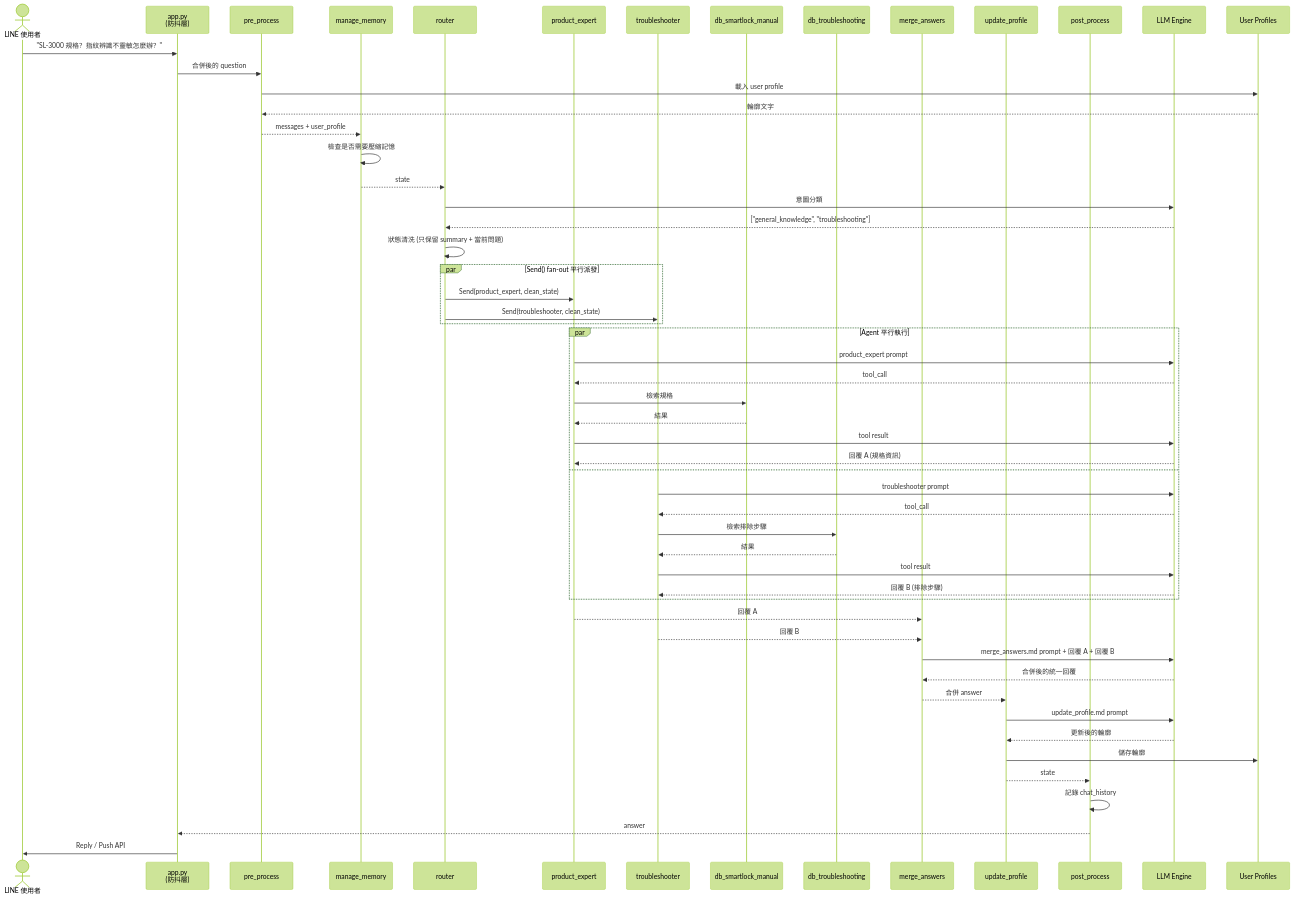
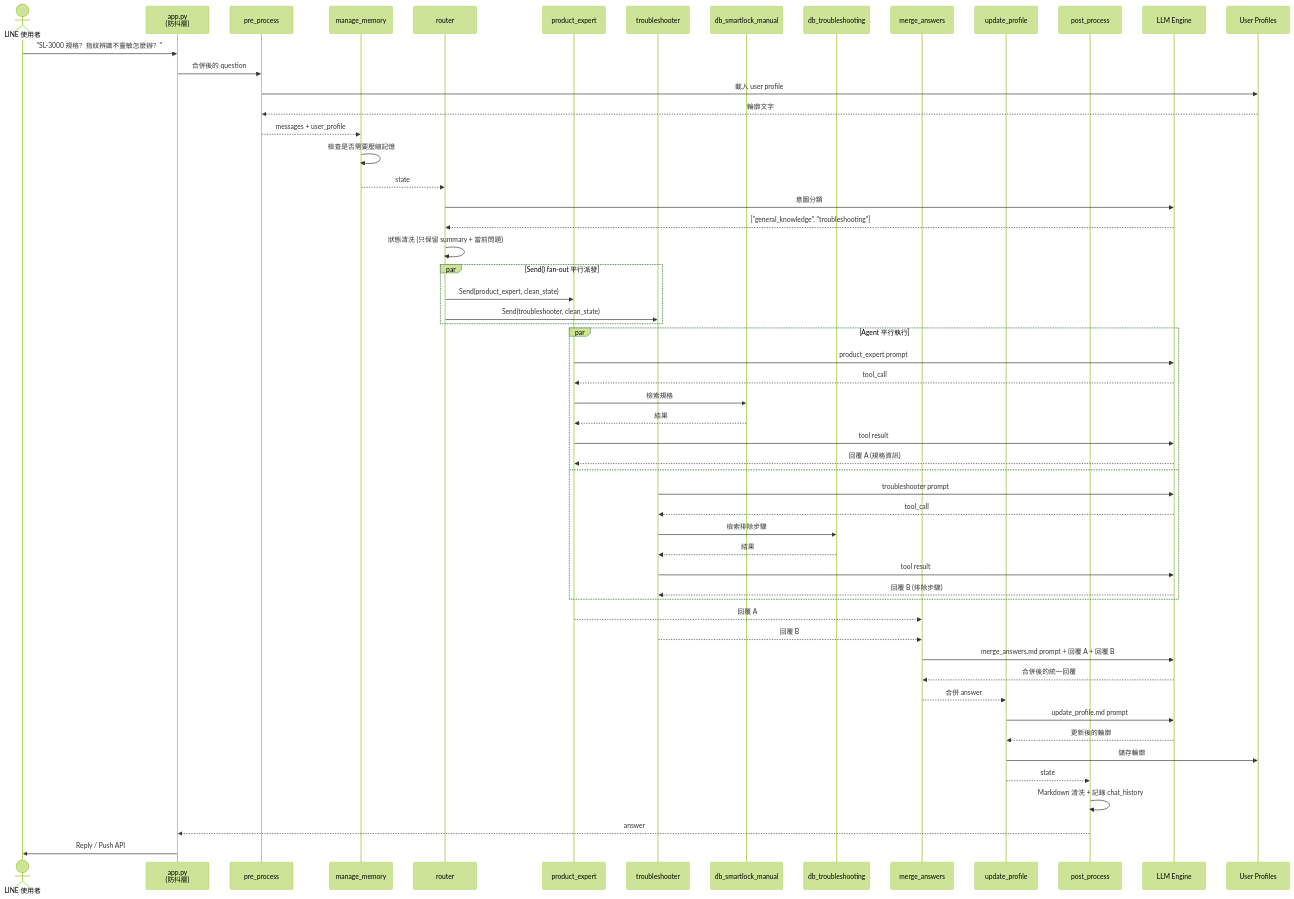
Before and after one commit to Imding1211/lock_AI_Agent: the third of 4 diagrams in docs/manuals/系統架構與流程圖.md, drawn with Mermaid (forest theme). The commit also changed other lines of this file and 11 other files, not shown here.

````diff
--- a/docs/manuals/系統架構與流程圖.md
+++ b/docs/manuals/系統架構與流程圖.md
@@ -231,68 +231,68 @@
 ```mermaid
 sequenceDiagram
     actor User as LINE 使用者
     participant App as app.py<br/>(防抖層)
     participant PP as pre_process
     participant MM as manage_memory
     participant RT as router
     participant PE as product_expert
     participant TS as troubleshooter
     participant Tool_PE as db_smartlock_manual
     participant Tool_TS as db_troubleshooting
     participant MA as merge_answers
     participant UP as update_profile
     participant Post as post_process
     participant LLM as LLM Engine
     participant Profile as User Profiles
 
     User->>App: "SL-3000 規格？指紋辨識不靈敏怎麼辦？"
     App->>PP: 合併後的 question
 
     PP->>Profile: 載入 user profile
     Profile-->>PP: 輪廓文字
     PP-->>MM: messages + user_profile
 
     MM->>MM: 檢查是否需要壓縮記憶
     MM-->>RT: state
 
     RT->>LLM: 意圖分類
     LLM-->>RT: ["general_knowledge", "troubleshooting"]
     RT->>RT: 狀態清洗 (只保留 summary + 當前問題)
 
     par Send() fan-out 平行派發
         RT->>PE: Send(product_expert, clean_state)
         RT->>TS: Send(troubleshooter, clean_state)
     end
 
     par Agent 平行執行
         PE->>LLM: product_expert prompt
         LLM-->>PE: tool_call
         PE->>Tool_PE: 檢索規格
         Tool_PE-->>PE: 結果
         PE->>LLM: tool result
         LLM-->>PE: 回覆 A (規格資訊)
     and
         TS->>LLM: troubleshooter prompt
         LLM-->>TS: tool_call
         TS->>Tool_TS: 檢索排除步驟
         Tool_TS-->>TS: 結果
         TS->>LLM: tool result
         LLM-->>TS: 回覆 B (排除步驟)
     end
 
     PE-->>MA: 回覆 A
     TS-->>MA: 回覆 B
 
     MA->>LLM: merge_answers.md prompt + 回覆 A + 回覆 B
     LLM-->>MA: 合併後的統一回覆
 
     MA-->>UP: 合併 answer
     UP->>LLM: update_profile.md prompt
     LLM-->>UP: 更新後的輪廓
     UP->>Profile: 儲存輪廓
 
     UP-->>Post: state
-    Post->>Post: 記錄 chat_history
+    Post->>Post: Markdown 清洗 + 記錄 chat_history
     Post-->>App: answer
     App->>User: Reply / Push API
 ```
````
